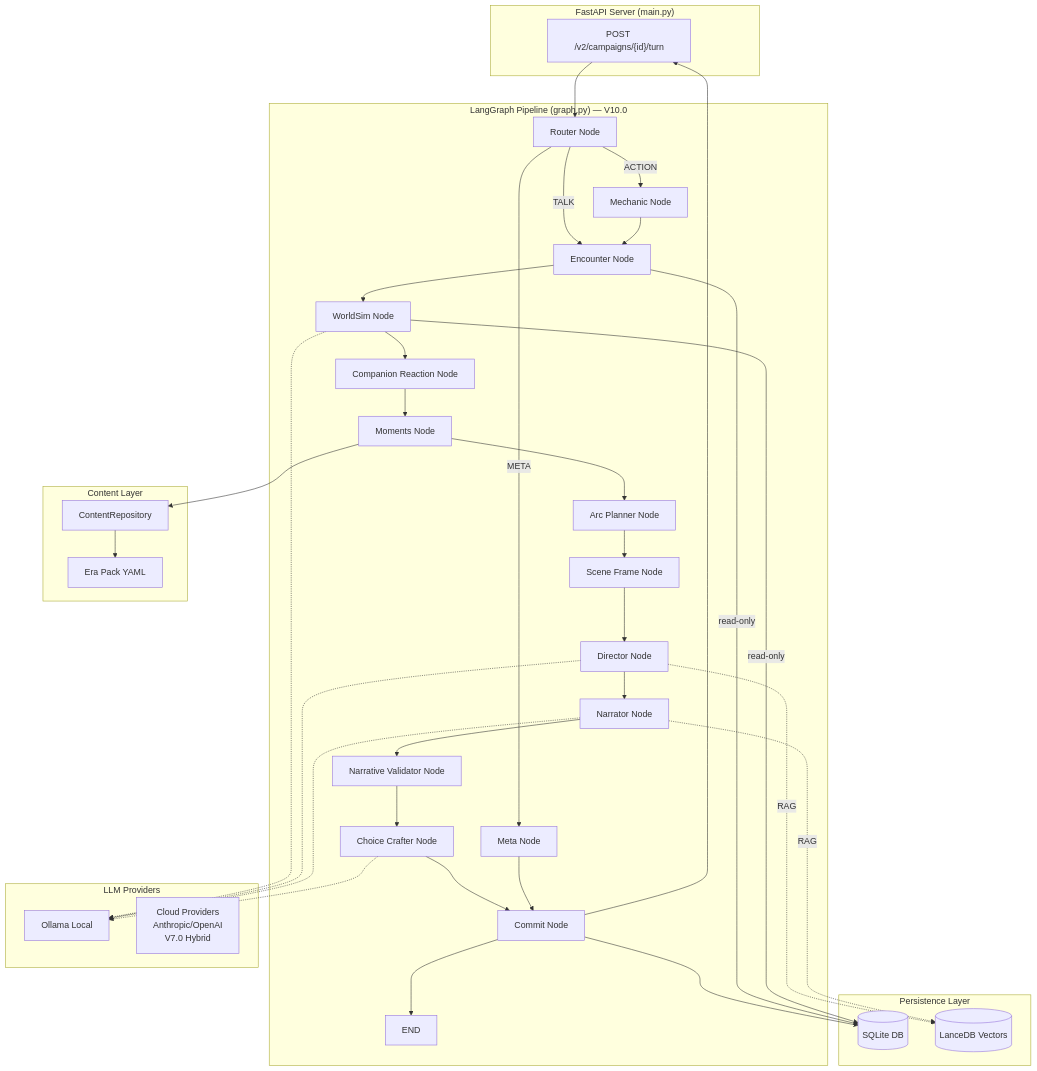
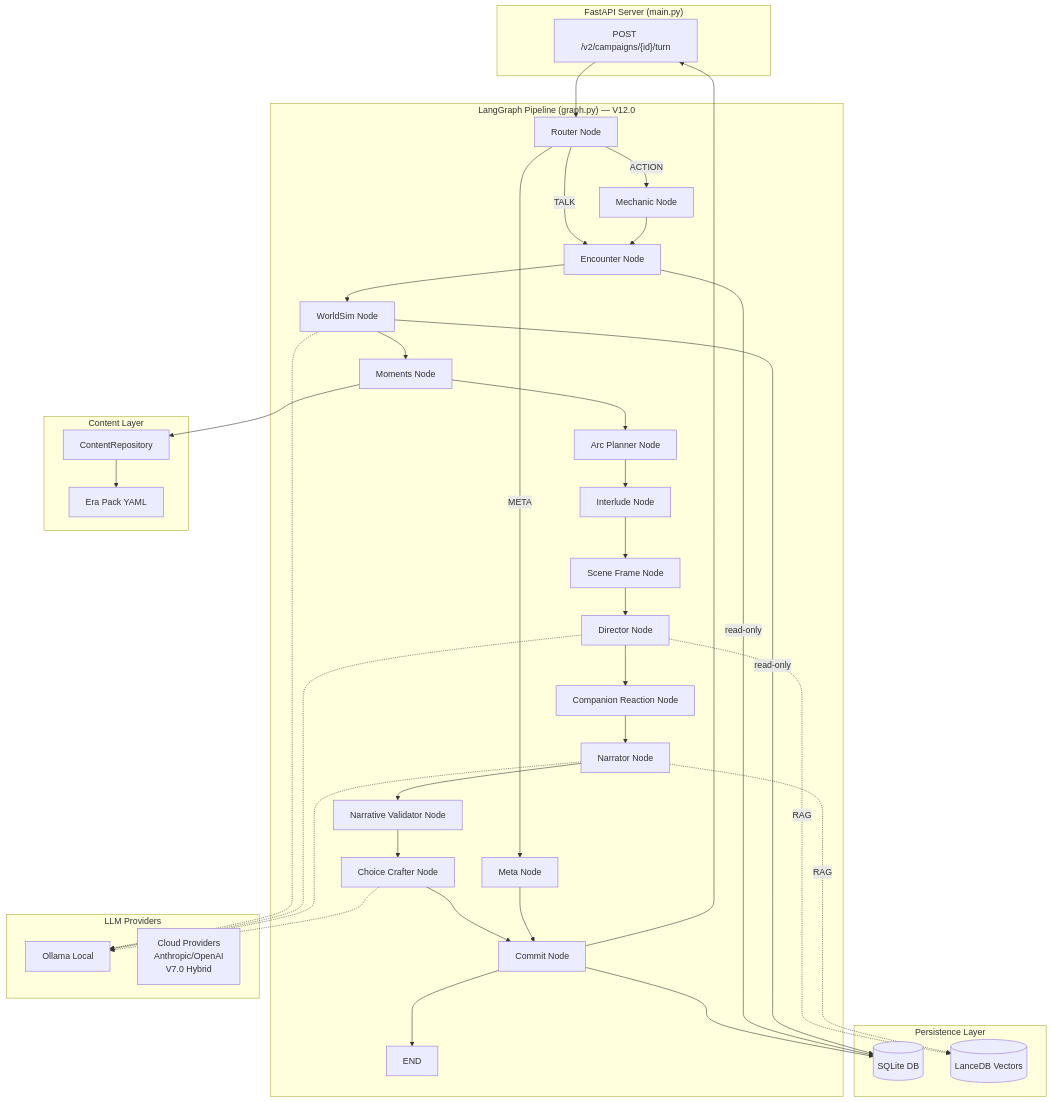
Before and after one commit to DinomyteHero/Storyteller-V2: the diagram in docs/00_overview.md, drawn with Mermaid. The commit also changed other lines of this file and 9 other files, not shown here.

````diff
--- a/docs/00_overview.md
+++ b/docs/00_overview.md
@@ -80,54 +80,55 @@
 ```mermaid
 graph TD
     subgraph "FastAPI Server (main.py)"
         API["POST /v2/campaigns/{id}/turn"]
     end
 
-    subgraph "LangGraph Pipeline (graph.py) — V10.0"
+    subgraph "LangGraph Pipeline (graph.py) — V12.0"
         R[Router Node] --> | META| META[Meta Node]
         R --> | TALK| ENC[Encounter Node]
         R --> | ACTION| MECH[Mechanic Node]
         MECH --> ENC
         ENC --> WS[WorldSim Node]
-        WS --> CR[Companion Reaction Node]
-        CR --> MOM[Moments Node]
+        WS --> MOM[Moments Node]
         MOM --> ARC[Arc Planner Node]
-        ARC --> SF[Scene Frame Node]
+        ARC --> INT[Interlude Node]
+        INT --> SF[Scene Frame Node]
         SF --> DIR[Director Node]
-        DIR --> NAR[Narrator Node]
+        DIR --> CR[Companion Reaction Node]
+        CR --> NAR[Narrator Node]
         NAR --> VAL[Narrative Validator Node]
         VAL --> CC[Choice Crafter Node]
         CC --> COMMIT[Commit Node]
         META --> COMMIT
         COMMIT --> END_NODE[END]
     end
 
     subgraph "Persistence Layer"
         SQLite[(SQLite DB)]
         LanceDB[(LanceDB Vectors)]
     end
 
     subgraph "LLM Providers"
         Ollama[Ollama Local]
         Cloud[Cloud Providers<br/>Anthropic/OpenAI<br/>V7.0 Hybrid]
     end
 
     subgraph "Content Layer"
         REPO[ContentRepository]
         EraPacks[Era Pack YAML]
     end
 
     API --> R
     COMMIT --> SQLite
     ENC --> | read-only| SQLite
     WS --> | read-only| SQLite
     MOM --> REPO
     REPO --> EraPacks
     DIR -.-> | RAG| LanceDB
     NAR -.-> | RAG| LanceDB
     WS -.-> Ollama
     DIR -.-> Ollama
     NAR -.-> Ollama
     CC -.-> Ollama
     COMMIT --> API
 ```
````
